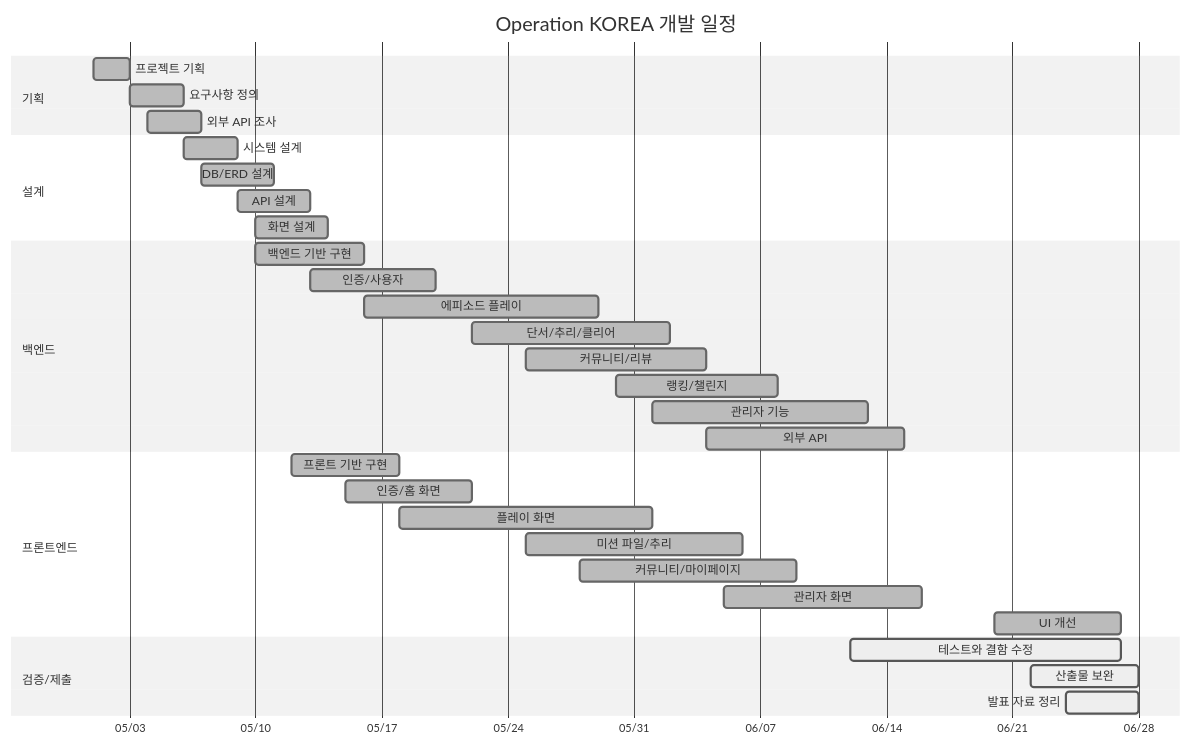
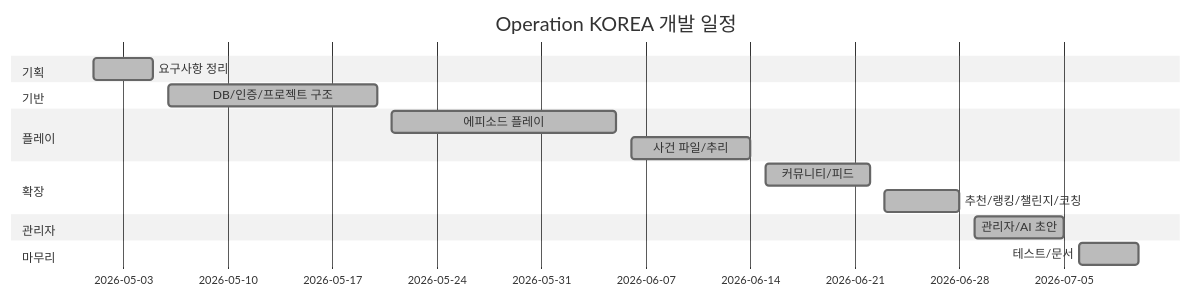
One commit to kanghyunsoon/operation-seoul changed the diagram in docs/03_WBS_AND_GANTT.md. Above: the diagram before and after it, drawn with Mermaid (neutral theme). The commit also changed other lines of this file and 21 other files, not shown here.

````diff
--- a/docs/03_WBS_AND_GANTT.md
+++ b/docs/03_WBS_AND_GANTT.md
@@ -36,41 +18,19 @@
 ```mermaid
 gantt
     title Operation KOREA 개발 일정
     dateFormat  YYYY-MM-DD
-    axisFormat  %m/%d
-
     section 기획
-    프로젝트 기획                 :done, p0, 2026-05-01, 2d
-    요구사항 정의                 :done, p1, 2026-05-03, 3d
-    외부 API 조사                 :done, p2, 2026-05-04, 3d
-
-    section 설계
-    시스템 설계                   :done, d0, 2026-05-06, 3d
-    DB/ERD 설계                   :done, d1, 2026-05-07, 4d
-    API 설계                      :done, d2, 2026-05-09, 4d
-    화면 설계                     :done, d3, 2026-05-10, 4d
-
-    section 백엔드
-    백엔드 기반 구현              :done, b0, 2026-05-10, 6d
-    인증/사용자                   :done, b1, 2026-05-13, 7d
-    에피소드 플레이               :done, b2, 2026-05-16, 13d
-    단서/추리/클리어              :done, b3, 2026-05-22, 11d
-    커뮤니티/리뷰                 :done, b4, 2026-05-25, 10d
-    랭킹/챌린지         :done, b5, 2026-05-30, 9d
-    관리자 기능                   :done, b6, 2026-06-01, 12d
-    외부 API                      :done, b7, 2026-06-04, 11d
-
-    section 프론트엔드
-    프론트 기반 구현              :done, f0, 2026-05-12, 6d
-    인증/홈 화면                  :done, f1, 2026-05-15, 7d
-    플레이 화면                   :done, f2, 2026-05-18, 14d
-    미션 파일/추리                :done, f3, 2026-05-25, 12d
-    커뮤니티/마이페이지           :done, f4, 2026-05-28, 12d
-    관리자 화면                   :done, f5, 2026-06-05, 11d
-    UI 개선                       :done, f6, 2026-06-20, 7d
-
-    section 검증/제출
-    테스트와 결함 수정            :active, q0, 2026-06-12, 15d
-    산출물 보완                   :active, q1, 2026-06-22, 6d
-    발표 자료 정리                :active, q2, 2026-06-24, 4d
+    요구사항 정리              :done, 2026-05-01, 2026-05-05
+    section 기반
+    DB/인증/프로젝트 구조      :done, 2026-05-06, 2026-05-20
+    section 플레이
+    에피소드 플레이            :done, 2026-05-21, 2026-06-05
+    사건 파일/추리             :done, 2026-06-06, 2026-06-14
+    section 확장
+    커뮤니티/피드              :done, 2026-06-15, 2026-06-22
+    추천/랭킹/챌린지/코칭      :done, 2026-06-23, 2026-06-28
+    section 관리자
+    관리자/AI 초안             :done, 2026-06-29, 2026-07-05
+    section 마무리
+    테스트/문서                :done, 2026-07-06, 2026-07-10
 ```
````
